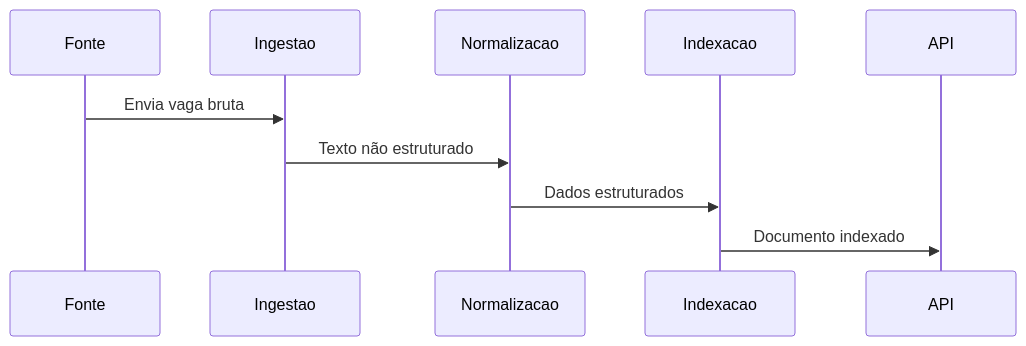
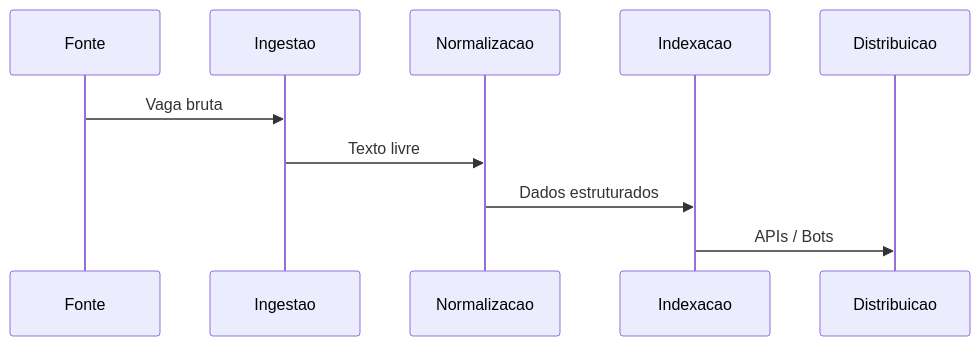
The second of 3 diagrams in posts/2026-02-11-construindo-um-motor-de-busca-para-vagas-de-tecnologia.md (vitorvaf/my-blog), drawn with Mermaid before and after one commit. The commit also changed other lines of this file, not shown here.

````diff
--- a/posts/2026-02-11-construindo-um-motor-de-busca-para-vagas-de-tecnologia.md
+++ b/posts/2026-02-11-construindo-um-motor-de-busca-para-vagas-de-tecnologia.md
@@ -113,13 +103,13 @@
 ```mermaid
 sequenceDiagram
     participant Fonte
     participant Ingestao
     participant Normalizacao
     participant Indexacao
-    participant API
+    participant Distribuicao
 
-    Fonte->>Ingestao: Envia vaga bruta
-    Ingestao->>Normalizacao: Texto não estruturado
+    Fonte->>Ingestao: Vaga bruta
+    Ingestao->>Normalizacao: Texto livre
     Normalizacao->>Indexacao: Dados estruturados
-    Indexacao->>API: Documento indexado
+    Indexacao->>Distribuicao: APIs / Bots
 ```
````
